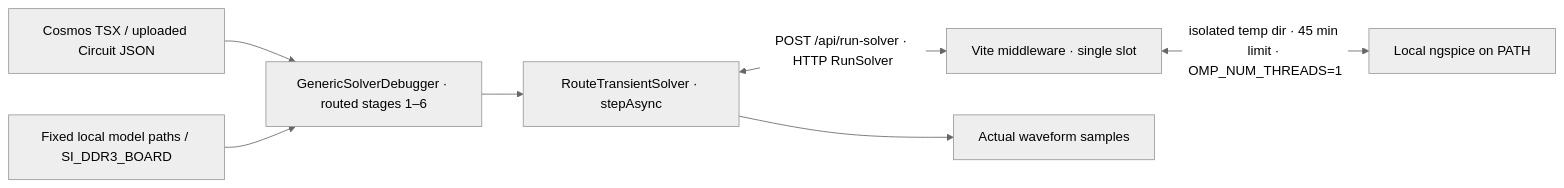
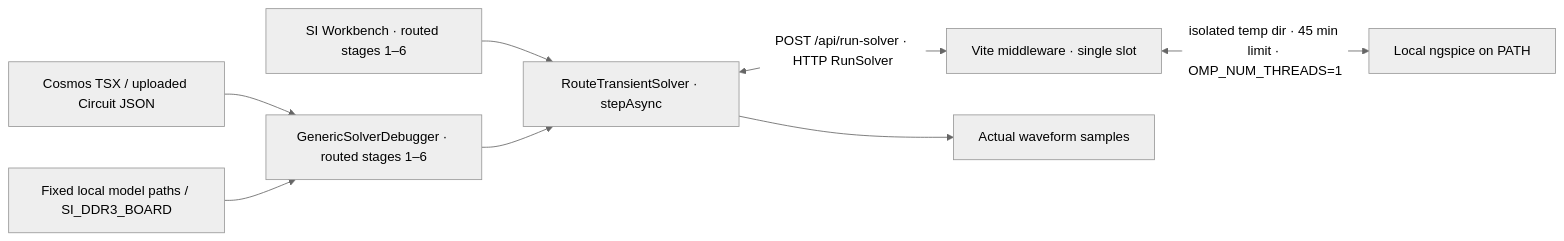
One commit to draarivpatel-ui/signal-integrity-pipeline changed the first of 4 diagrams in README.md. Above: the diagram before and after it, drawn with Mermaid (neutral theme). The commit also changed other lines of this file and 12 other files, not shown here.

````diff
--- a/README.md
+++ b/README.md
@@ -101,9 +101,10 @@
 ```mermaid
 flowchart LR
   fixture["Cosmos TSX / uploaded Circuit JSON"] --> debugger["GenericSolverDebugger · routed stages 1–6"]
   assets["Fixed local model paths / SI_DDR3_BOARD"] --> debugger
+  workbench["SI Workbench · routed stages 1–6"] --> transient
   debugger --> transient["RouteTransientSolver · stepAsync"]
   transient <-->|"POST /api/run-solver · HTTP RunSolver"| queue["Vite middleware · single slot"]
   queue <-->|"isolated temp dir · 45 min limit · OMP_NUM_THREADS=1"| native["Local ngspice on PATH"]
   transient --> capture["Actual waveform samples"]
 ```
````
